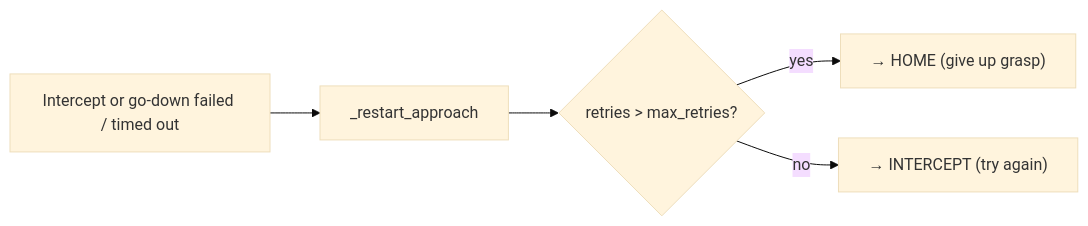
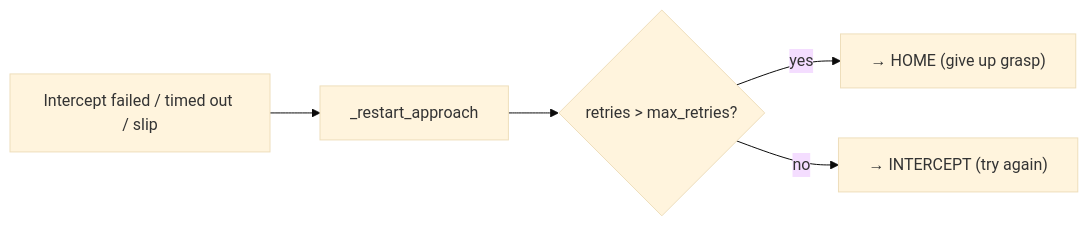
Before and after one commit to muazz-ali/foresight: the fifth of 5 diagrams in foresight_docs/step-function-flow.md, drawn with Mermaid (base theme). The commit also changed other lines of this file and 300 other files, not shown here.

````diff
--- a/foresight_docs/step-function-flow.md
+++ b/foresight_docs/step-function-flow.md
@@ -172,7 +156,7 @@
 ```mermaid
 flowchart LR
-    FAIL["Intercept or go-down failed / timed out"] --> R["_restart_approach"]
+    FAIL["Intercept failed / timed out / slip"] --> R["_restart_approach"]
     R --> C{retries > max_retries?}
     C -->|yes| H["→ HOME (give up grasp)"]
     C -->|no| I["→ INTERCEPT (try again)"]
 ```
````
